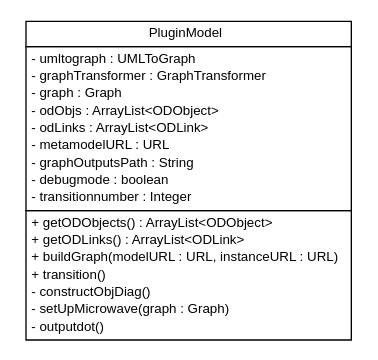
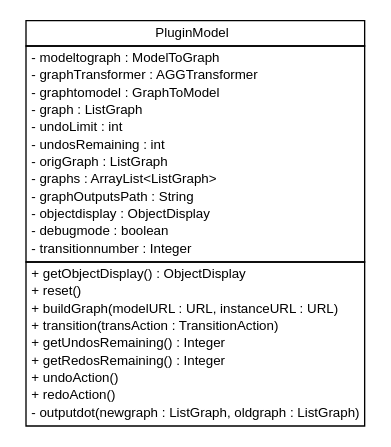
The diagram in javadoc/model/PluginModel.dot (luisneiva/graf-framework), drawn with Graphviz before and after one commit. The commit also changed 61 other files, not shown here.

```diff
--- a/javadoc/model/PluginModel.dot
+++ b/javadoc/model/PluginModel.dot
@@ -1,38 +1,43 @@
 #!/usr/local/bin/dot
 #
 # Class diagram 
 # Generated by UMLGraph version 5.2 (http://www.umlgraph.org/)
 #
 
 digraph G {
 	edge [fontname="arial",fontsize=10,labelfontname="arial",labelfontsize=10];
 	node [fontname="arial",fontsize=10,shape=plaintext];
 	nodesep=0.25;
 	ranksep=0.5;
 	// model.PluginModel
-	c1170 [label=<<table title="model.PluginModel" border="0" cellborder="1" cellspacing="0" cellpadding="2" port="p" href="./PluginModel.html">
+	c2395 [label=<<table title="model.PluginModel" border="0" cellborder="1" cellspacing="0" cellpadding="2" port="p" href="./PluginModel.html">
 		<tr><td><table border="0" cellspacing="0" cellpadding="1">
 <tr><td align="center" balign="center"> PluginModel </td></tr>
 		</table></td></tr>
 		<tr><td><table border="0" cellspacing="0" cellpadding="1">
-<tr><td align="left" balign="left"> - umltograph : UMLToGraph </td></tr>
-<tr><td align="left" balign="left"> - graphTransformer : GraphTransformer </td></tr>
-<tr><td align="left" balign="left"> - graph : Graph </td></tr>
-<tr><td align="left" balign="left"> - odObjs : ArrayList&lt;ODObject&gt; </td></tr>
-<tr><td align="left" balign="left"> - odLinks : ArrayList&lt;ODLink&gt; </td></tr>
-<tr><td align="left" balign="left"> - metamodelURL : URL </td></tr>
+<tr><td align="left" balign="left"> - modeltograph : ModelToGraph </td></tr>
+<tr><td align="left" balign="left"> - graphTransformer : AGGTransformer </td></tr>
+<tr><td align="left" balign="left"> - graphtomodel : GraphToModel </td></tr>
+<tr><td align="left" balign="left"> - graph : ListGraph </td></tr>
+<tr><td align="left" balign="left"> - undoLimit : int </td></tr>
+<tr><td align="left" balign="left"> - undosRemaining : int </td></tr>
+<tr><td align="left" balign="left"> - origGraph : ListGraph </td></tr>
+<tr><td align="left" balign="left"> - graphs : ArrayList&lt;ListGraph&gt; </td></tr>
 <tr><td align="left" balign="left"> - graphOutputsPath : String </td></tr>
+<tr><td align="left" balign="left"> - objectdisplay : ObjectDisplay </td></tr>
 <tr><td align="left" balign="left"> - debugmode : boolean </td></tr>
 <tr><td align="left" balign="left"> - transitionnumber : Integer </td></tr>
 		</table></td></tr>
 		<tr><td><table border="0" cellspacing="0" cellpadding="1">
-<tr><td align="left" balign="left"> + getODObjects() : ArrayList&lt;ODObject&gt; </td></tr>
-<tr><td align="left" balign="left"> + getODLinks() : ArrayList&lt;ODLink&gt; </td></tr>
+<tr><td align="left" balign="left"> + getObjectDisplay() : ObjectDisplay </td></tr>
+<tr><td align="left" balign="left"> + reset() </td></tr>
 <tr><td align="left" balign="left"> + buildGraph(modelURL : URL, instanceURL : URL) </td></tr>
-<tr><td align="left" balign="left"> + transition() </td></tr>
-<tr><td align="left" balign="left"> - constructObjDiag() </td></tr>
-<tr><td align="left" balign="left"> - setUpMicrowave(graph : Graph) </td></tr>
-<tr><td align="left" balign="left"> - outputdot() </td></tr>
+<tr><td align="left" balign="left"> + transition(transAction : TransitionAction) </td></tr>
+<tr><td align="left" balign="left"> + getUndosRemaining() : Integer </td></tr>
+<tr><td align="left" balign="left"> + getRedosRemaining() : Integer </td></tr>
+<tr><td align="left" balign="left"> + undoAction() </td></tr>
+<tr><td align="left" balign="left"> + redoAction() </td></tr>
+<tr><td align="left" balign="left"> - outputdot(newgraph : ListGraph, oldgraph : ListGraph) </td></tr>
 		</table></td></tr>
 		</table>>, fontname="arial", fontcolor="black", fontsize=10.0];
 }
```
